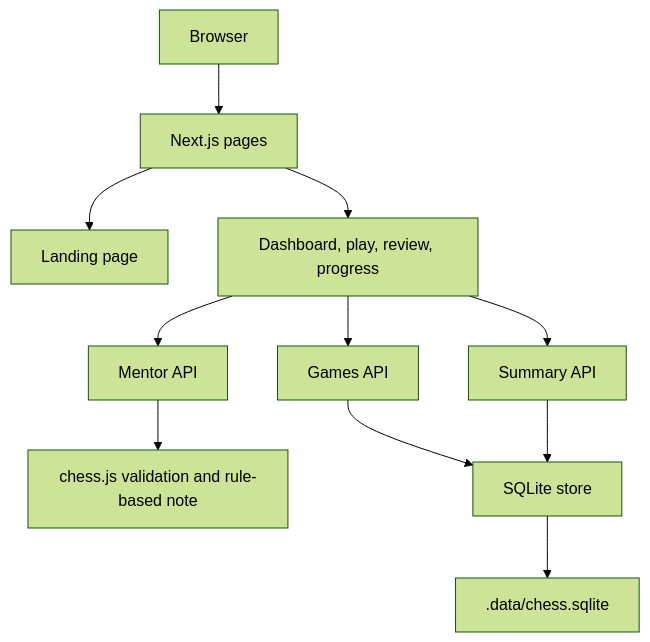
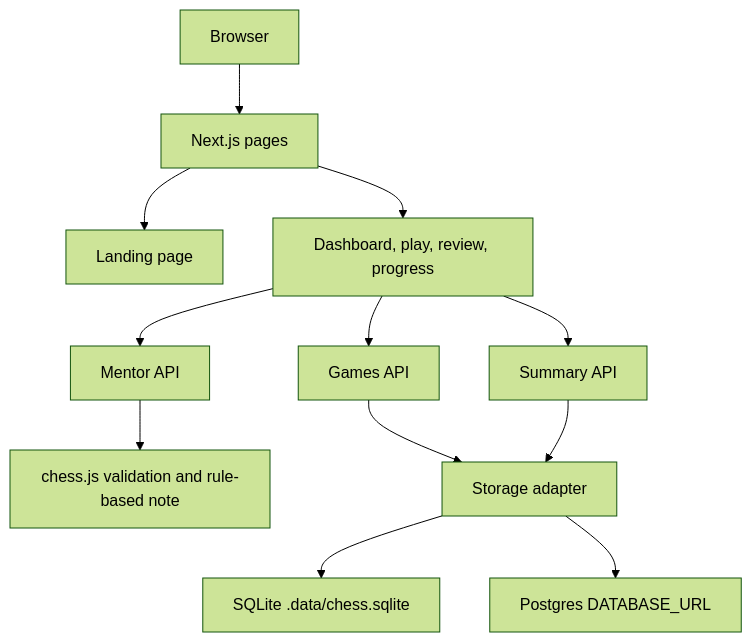
One commit to jaexmachine/morrow-chess changed the diagram in docs/ARCHITECTURE.md. Above: the diagram before and after it, drawn with Mermaid (forest theme). The commit also changed other lines of this file and 12 other files, not shown here.

````diff
--- a/docs/ARCHITECTURE.md
+++ b/docs/ARCHITECTURE.md
@@ -5,13 +5,14 @@
 ```mermaid
 flowchart TD
   Visitor[Browser] --> Pages[Next.js pages]
   Pages --> Landing[Landing page]
   Pages --> Workspace[Dashboard, play, review, progress]
   Workspace --> Summary[Summary API]
   Workspace --> Mentor[Mentor API]
   Workspace --> Games[Games API]
   Mentor --> Rules[chess.js validation and rule-based note]
-  Games --> Store[SQLite store]
+  Games --> Store[Storage adapter]
   Summary --> Store
-  Store --> File[.data/chess.sqlite]
+  Store --> Local[SQLite .data/chess.sqlite]
+  Store --> Cloud[Postgres DATABASE_URL]
 ```
````
